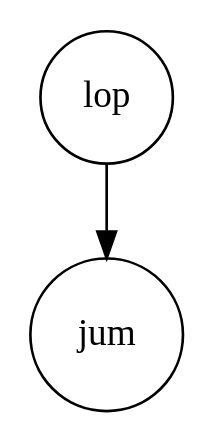
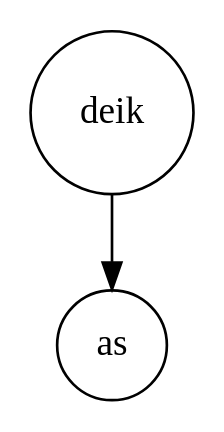
The diagram in Proyecto1/cmake-build-debug/arbolAVL.dot (Brandon22023/-EDD-Proyecto1_202300813), drawn with Graphviz before and after one commit. The commit also changed 24 other files, not shown here.

```diff
--- a/Proyecto1/cmake-build-debug/arbolAVL.dot
+++ b/Proyecto1/cmake-build-debug/arbolAVL.dot
@@ -1,7 +1,7 @@
 digraph G {
 	node [shape = circle];
-	n0[label="lop"];
+	n0[label="deik"];
 	n0 -> n1;
-	n1[label="jum"];
+	n1[label="as"];
 	
 }
```
